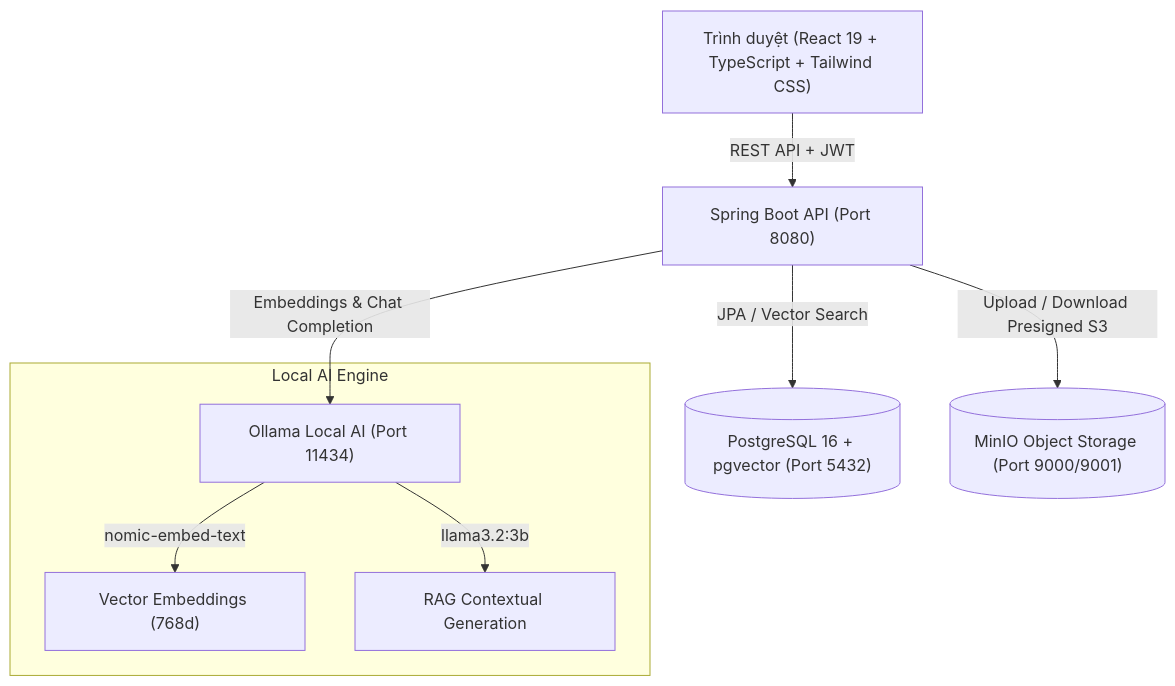
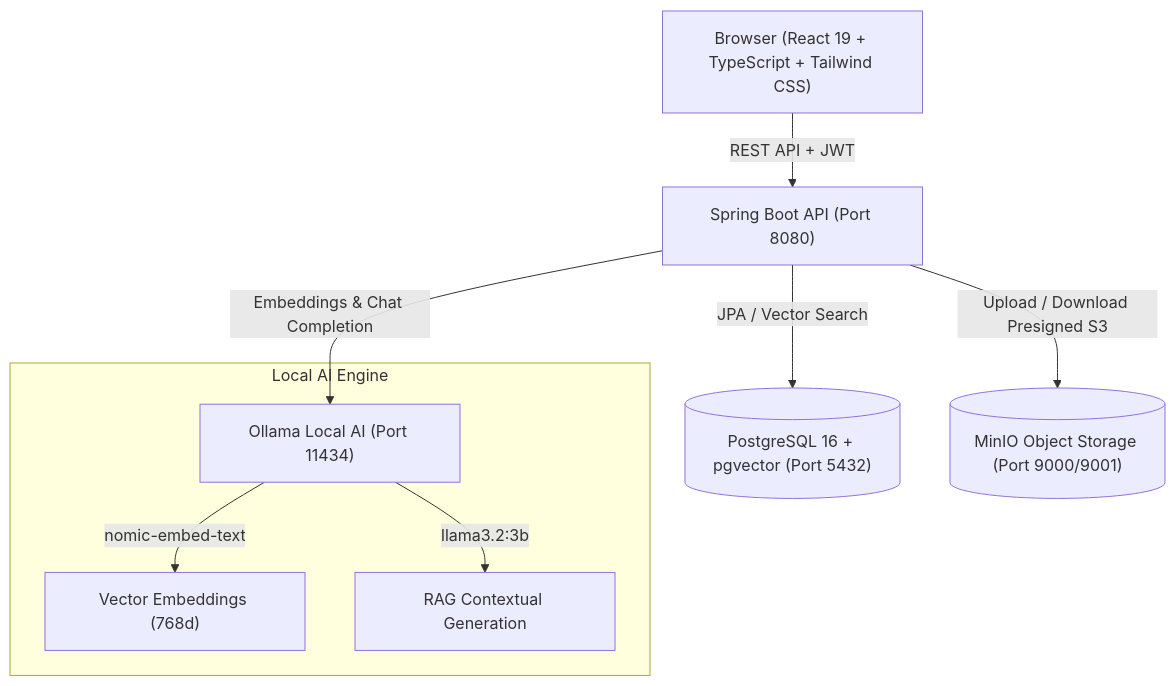
One commit to tqbao4205/knowledge-base changed the first of 2 diagrams in README.md. Above: the diagram before and after it, drawn with Mermaid. The commit also changed other lines of this file, not shown here.

````diff
--- a/README.md
+++ b/README.md
@@ -59,13 +59,13 @@
 ```mermaid
 graph TD
-    Client["Trình duyệt (React 19 + TypeScript + Tailwind CSS)"] -->|REST API + JWT| Gateway["Spring Boot API (Port 8080)"]
+    Client["Browser (React 19 + TypeScript + Tailwind CSS)"] -->|REST API + JWT| Gateway["Spring Boot API (Port 8080)"]
     
     Gateway -->|JPA / Vector Search| DB[("PostgreSQL 16 + pgvector (Port 5432)")]
     Gateway -->|Upload / Download Presigned S3| S3[("MinIO Object Storage (Port 9000/9001)")]
     Gateway -->|Embeddings & Chat Completion| AI["Ollama Local AI (Port 11434)"]
 
     subgraph "Local AI Engine"
       AI -->|nomic-embed-text| Embeddings["Vector Embeddings (768d)"]
       AI -->|llama3.2:3b| Chat["RAG Contextual Generation"]
     end
 ```
````
